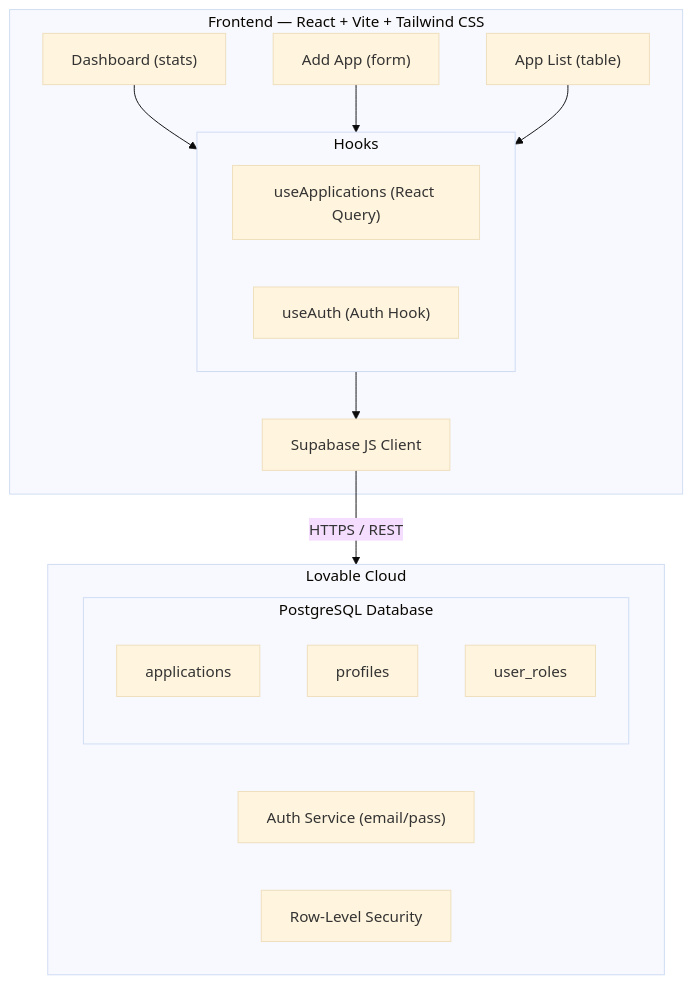
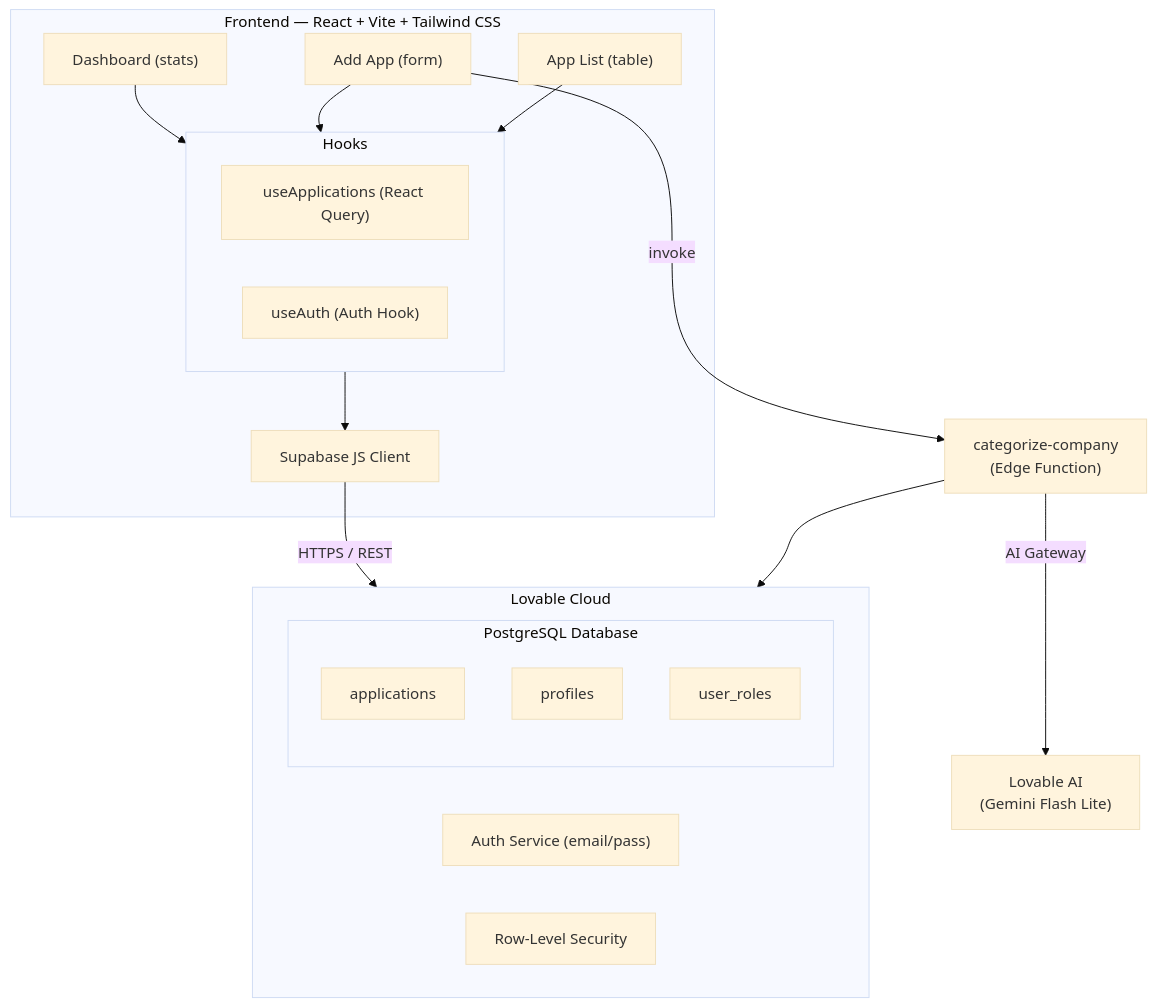
Before and after one commit to vaisakhsrinivas/job-compass: the diagram in README.md, drawn with Mermaid (base theme).

Commit message:
Preceding changes

````diff
--- a/README.md
+++ b/README.md
@@ -9,28 +9,31 @@
 ```mermaid
 graph TD
     subgraph Frontend["Frontend — React + Vite + Tailwind CSS"]
         Dashboard["Dashboard (stats)"]
         AddApp["Add App (form)"]
         AppList["App List (table)"]
         Dashboard --> Hooks
         AddApp --> Hooks
         AppList --> Hooks
         subgraph Hooks["Hooks"]
             useApplications["useApplications (React Query)"]
             useAuth["useAuth (Auth Hook)"]
         end
         Hooks --> Client["Supabase JS Client"]
     end
 
     Client -->|"HTTPS / REST"| Cloud
+    AddApp -->|"invoke"| EdgeFn["categorize-company\n(Edge Function)"]
+    EdgeFn -->|"AI Gateway"| AI["Lovable AI\n(Gemini Flash Lite)"]
+    EdgeFn --> Cloud
 
     subgraph Cloud["Lovable Cloud"]
         Auth["Auth Service (email/pass)"]
         RLS["Row-Level Security"]
         subgraph DB["PostgreSQL Database"]
             applications
             profiles
             user_roles
         end
     end
 ```
````
